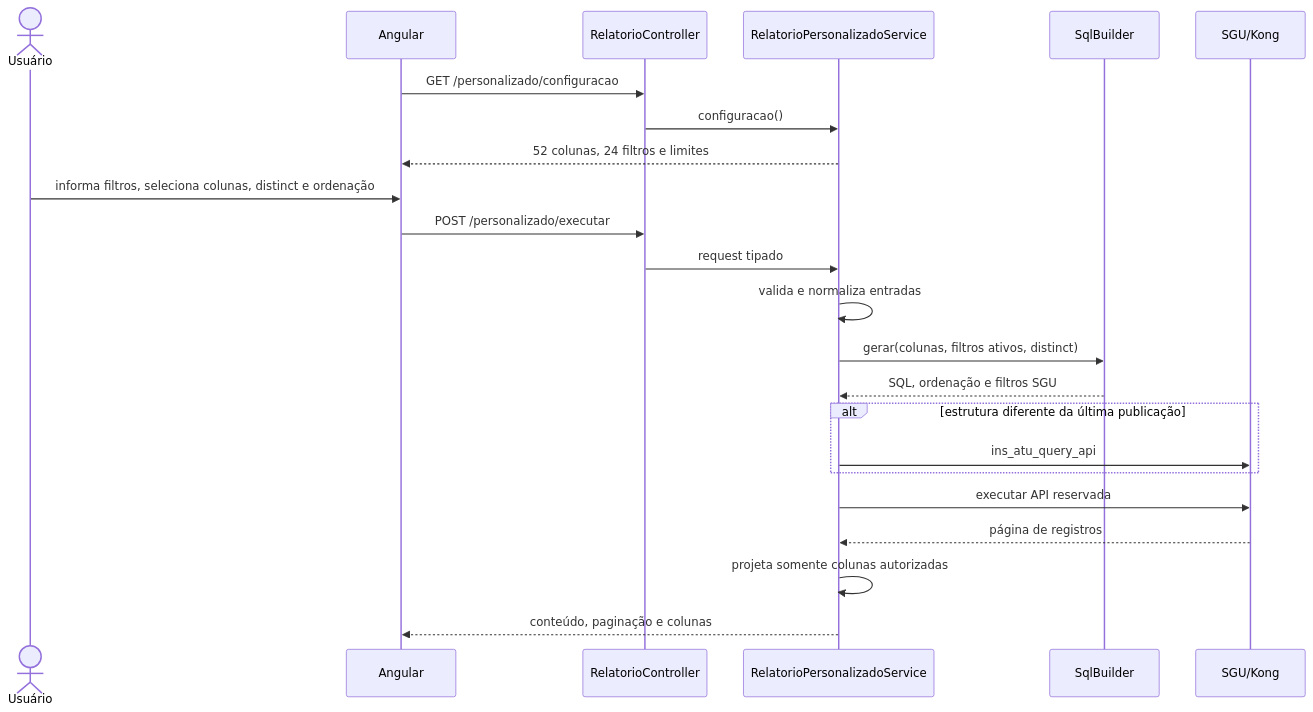
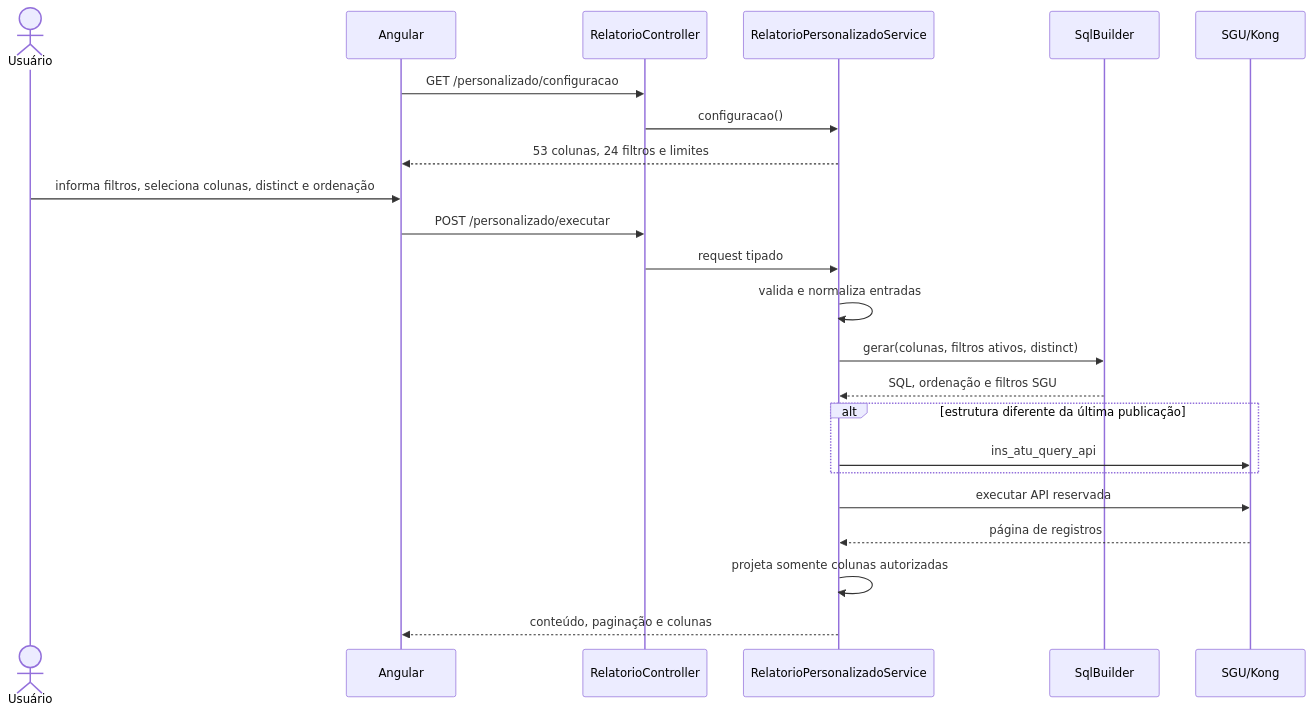
One commit to HeitorLeite/Unimed-Tools changed the third of 4 diagrams in docs/ARQUITETURA.md. Above: the diagram before and after it, drawn with Mermaid. The commit also changed other lines of this file and 18 other files, not shown here.

````diff
--- a/docs/ARQUITETURA.md
+++ b/docs/ARQUITETURA.md
@@ -226,26 +226,26 @@
 ```mermaid
 sequenceDiagram
     actor U as Usuário
     participant F as Angular
     participant C as RelatorioController
     participant R as RelatorioPersonalizadoService
     participant Q as SqlBuilder
     participant S as SGU/Kong
 
     F->>C: GET /personalizado/configuracao
     C->>R: configuracao()
-    R-->>F: 52 colunas, 24 filtros e limites
+    R-->>F: 53 colunas, 24 filtros e limites
     U->>F: informa filtros, seleciona colunas, distinct e ordenação
     F->>C: POST /personalizado/executar
     C->>R: request tipado
     R->>R: valida e normaliza entradas
     R->>Q: gerar(colunas, filtros ativos, distinct)
     Q-->>R: SQL, ordenação e filtros SGU
     alt estrutura diferente da última publicação
         R->>S: ins_atu_query_api
     end
     R->>S: executar API reservada
     S-->>R: página de registros
     R->>R: projeta somente colunas autorizadas
     R-->>F: conteúdo, paginação e colunas
 ```
````
